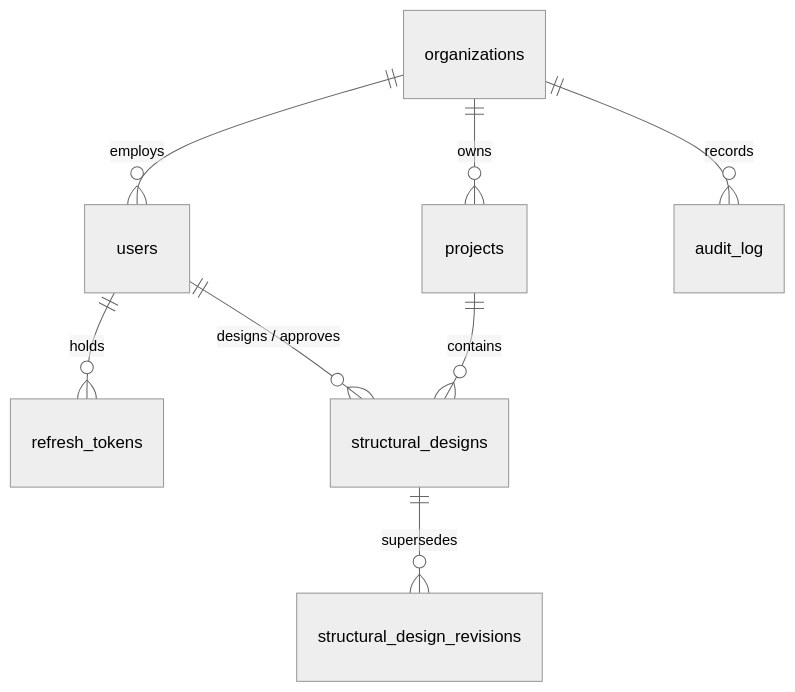
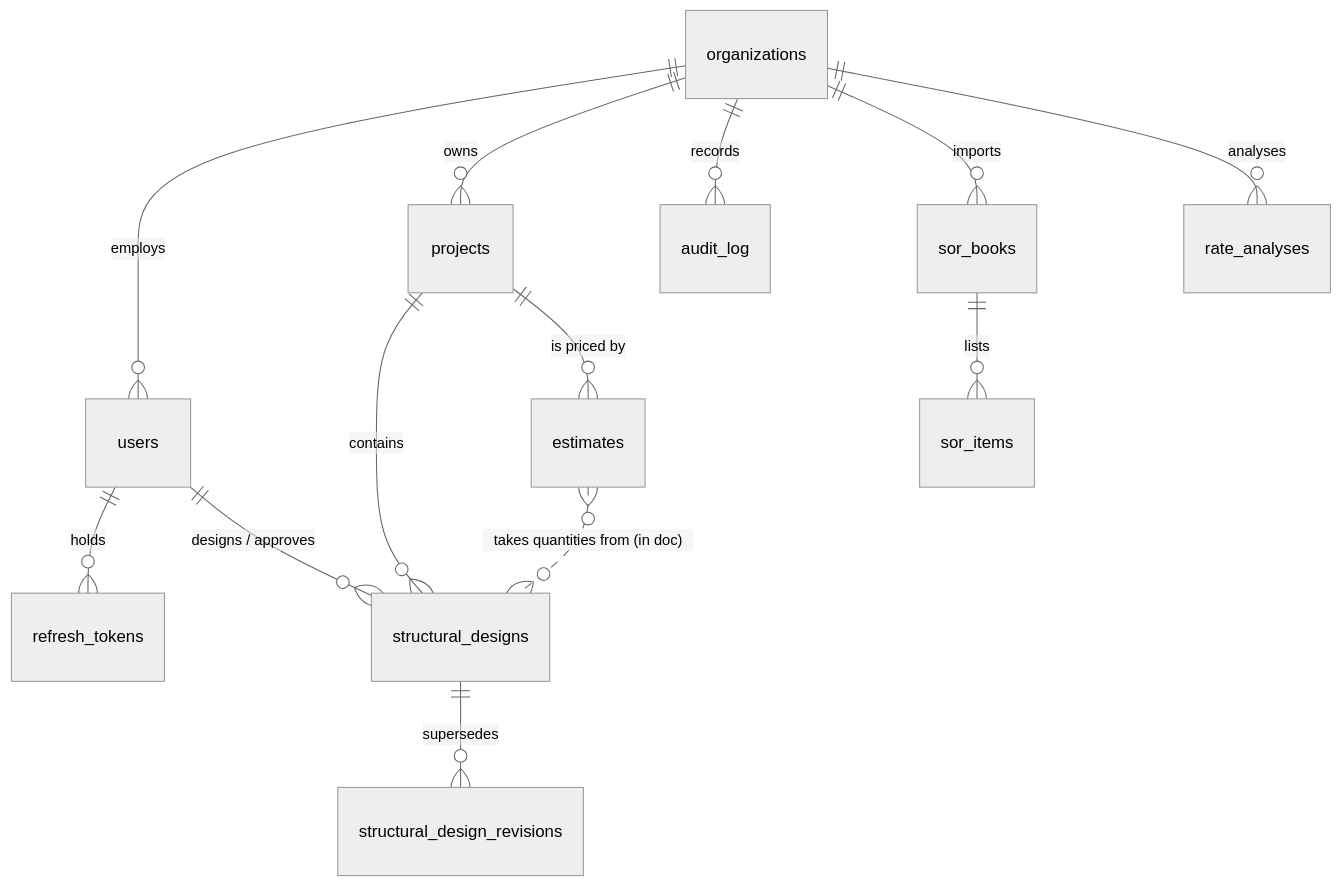
Before and after one commit to penpaper0878/offline-toolkit: the diagram in civillabpro/docs/DATABASE_SCHEMA.md, drawn with Mermaid (neutral theme). The commit also changed other lines of this file and 47 other files, not shown here.

First line of the commit message:
Price estimates from schedules of rates, rate analyses and designs (EST-001 to EST-003)

````diff
--- a/civillabpro/docs/DATABASE_SCHEMA.md
+++ b/civillabpro/docs/DATABASE_SCHEMA.md
@@ -20,10 +20,15 @@
 ```mermaid
 erDiagram
     organizations ||--o{ users : employs
     organizations ||--o{ projects : owns
     organizations ||--o{ audit_log : records
     users ||--o{ refresh_tokens : holds
     projects ||--o{ structural_designs : contains
     structural_designs ||--o{ structural_design_revisions : supersedes
     users ||--o{ structural_designs : "designs / approves"
+    organizations ||--o{ sor_books : imports
+    sor_books ||--o{ sor_items : lists
+    organizations ||--o{ rate_analyses : analyses
+    projects ||--o{ estimates : "is priced by"
+    estimates }o..o{ structural_designs : "takes quantities from (in doc)"
 ```
````
